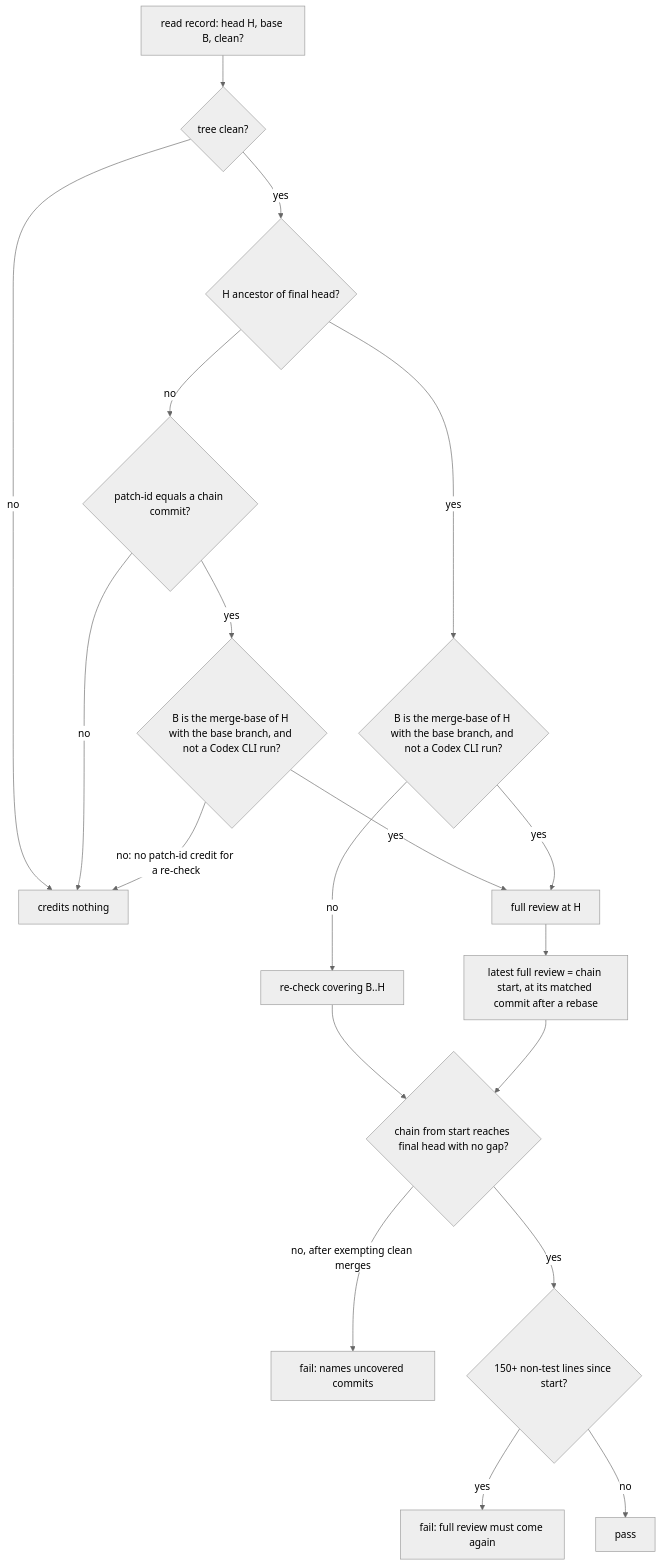
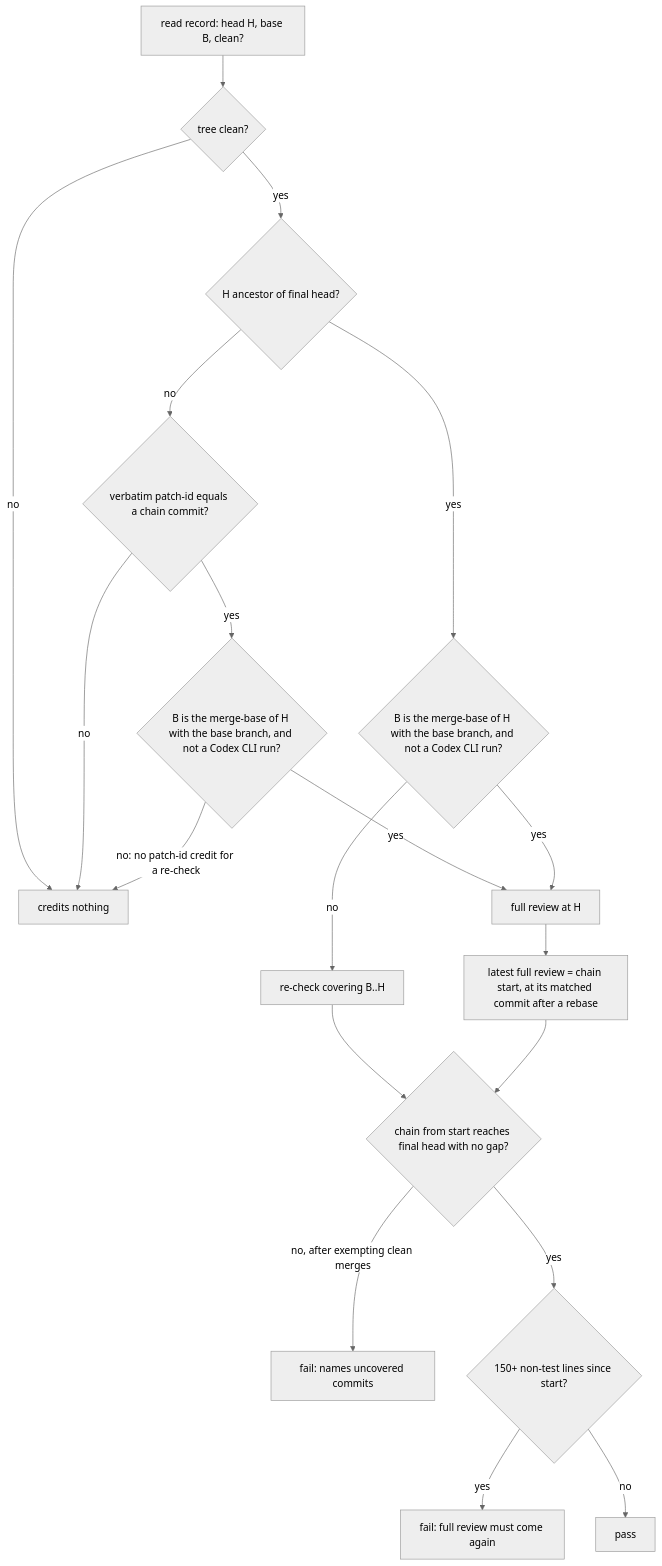
One commit to kodhama/grove changed the second of 2 diagrams in docs/plans/2026-11-08-kod-44-merge-gate-plan.md. Above: the diagram before and after it, drawn with Mermaid (neutral theme). The commit also changed other lines of this file, not shown here.

First line of the commit message:
docs(plan): KOD-44 credit a rebase by verbatim patch-id

````diff
--- a/docs/plans/2026-11-08-kod-44-merge-gate-plan.md
+++ b/docs/plans/2026-11-08-kod-44-merge-gate-plan.md
@@ -141,21 +141,21 @@
 ```mermaid
 flowchart TB
   R[read record: head H, base B, clean?] --> D{tree clean?}
   D -->|no| X[credits nothing]
   D -->|yes| A{H ancestor of final head?}
   A -->|yes| F{B is the merge-base of H with the base branch, and not a Codex CLI run?}
-  A -->|no| P{patch-id equals a chain commit?}
+  A -->|no| P{verbatim patch-id equals a chain commit?}
   P -->|no| X
   P -->|yes| PF{B is the merge-base of H with the base branch, and not a Codex CLI run?}
   PF -->|yes| FULL
   PF -->|no: no patch-id credit for a re-check| X
   F -->|yes| FULL[full review at H]
   F -->|no| RC[re-check covering B..H]
   FULL --> L[latest full review = chain start, at its matched commit after a rebase]
   RC --> CH{chain from start reaches final head with no gap?}
   L --> CH
   CH -->|no, after exempting clean merges| FAIL[fail: names uncovered commits]
   CH -->|yes| N{150+ non-test lines since start?}
   N -->|yes| FAIL2[fail: full review must come again]
   N -->|no| PASS[pass]
 ```
````
